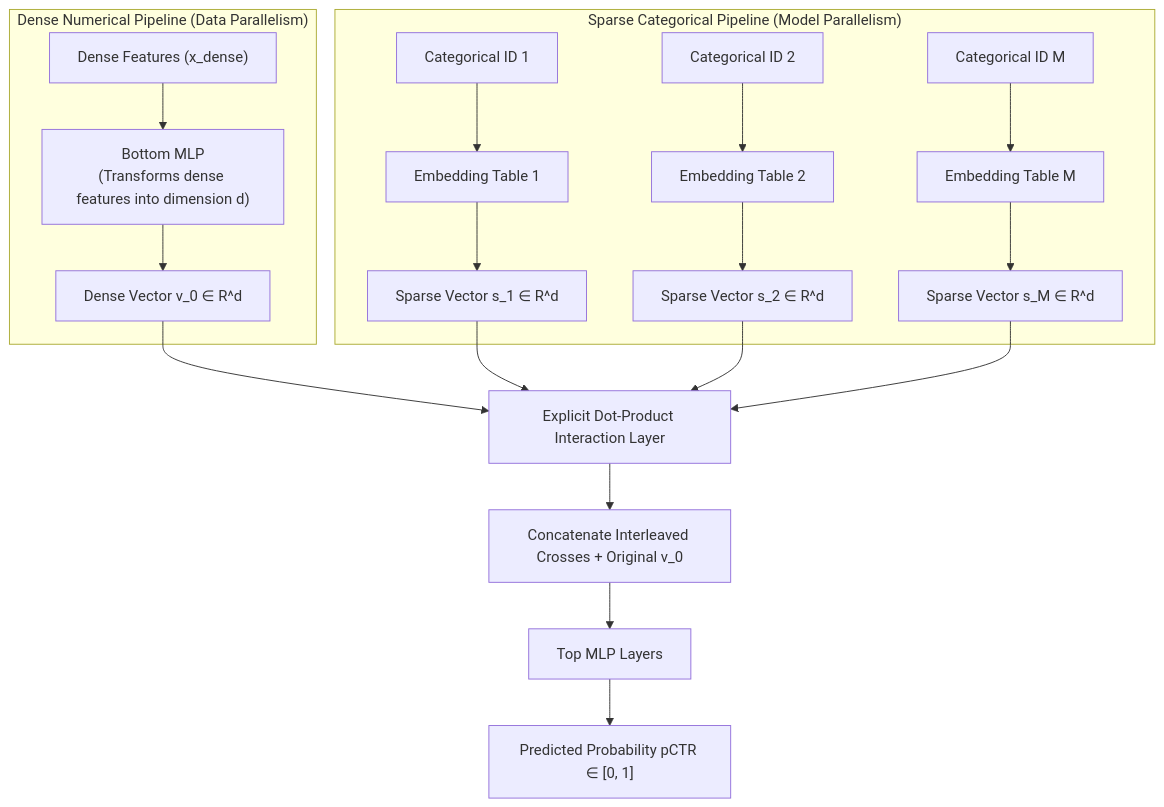
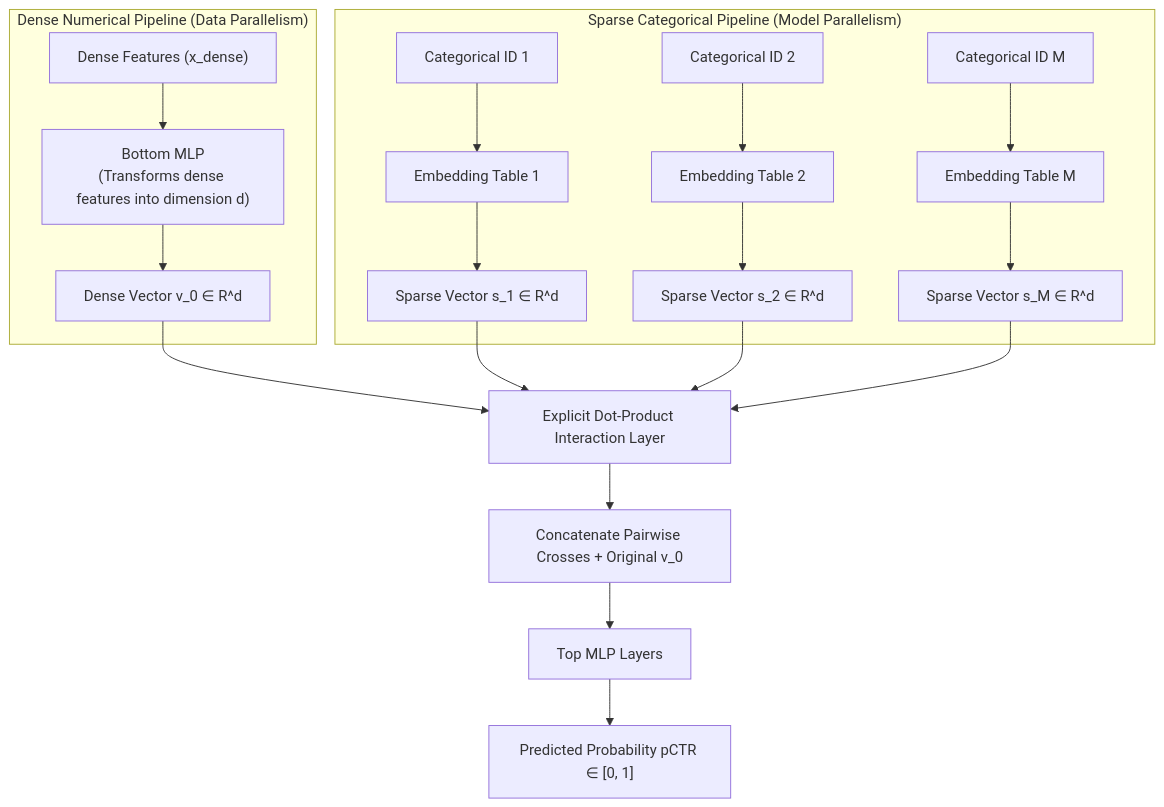
One commit to jyotipmahes/ML-Interview-Prep changed the tenth of 15 diagrams in System_Design/01_Recommendation_Systems/Part_2_Ranking_PreRanking_and_Feature_Engineering.md. Above: the diagram before and after it, drawn with Mermaid. The commit also changed other lines of this file, not shown here.

````diff
--- a/System_Design/01_Recommendation_Systems/Part_2_Ranking_PreRanking_and_Feature_Engineering.md
+++ b/System_Design/01_Recommendation_Systems/Part_2_Ranking_PreRanking_and_Feature_Engineering.md
@@ -467,25 +566,25 @@
 ```mermaid
 flowchart TD
     subgraph DenseFlow ["Dense Numerical Pipeline (Data Parallelism)"]
         DenseInput["Dense Features (x_dense)"] --> BottomMLP["Bottom MLP<br/>(Transforms dense features into dimension d)"]
         BottomMLP --> DenseVec["Dense Vector v_0 ∈ R^d"]
     end
 
     subgraph SparseFlow ["Sparse Categorical Pipeline (Model Parallelism)"]
         Sparse1["Categorical ID 1"] --> Emb1["Embedding Table 1"]
         Emb1 --> SVec1["Sparse Vector s_1 ∈ R^d"]
         Sparse2["Categorical ID 2"] --> Emb2["Embedding Table 2"]
         Emb2 --> SVec2["Sparse Vector s_2 ∈ R^d"]
         SparseM["Categorical ID M"] --> EmbM["Embedding Table M"]
         EmbM --> SVecM["Sparse Vector s_M ∈ R^d"]
     end
 
     DenseVec --> InterAction["Explicit Dot-Product Interaction Layer"]
     SVec1 --> InterAction
     SVec2 --> InterAction
     SVecM --> InterAction
 
-    InterAction --> Concat["Concatenate Interleaved Crosses + Original v_0"]
+    InterAction --> Concat["Concatenate Pairwise Crosses + Original v_0"]
     Concat --> TopMLP["Top MLP Layers"]
     TopMLP --> Output["Predicted Probability pCTR ∈ [0, 1]"]
 ```
````
